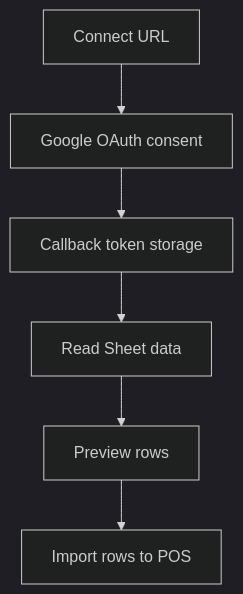
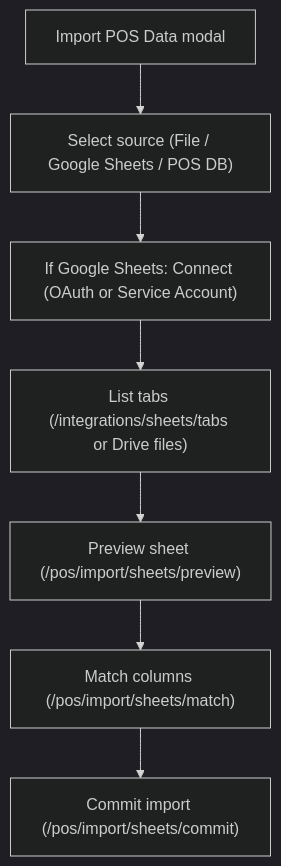
The second of 3 diagrams in docs/backend/api-reference.md (comp596-spring-2026/RetailSync), drawn with Mermaid (dark theme) before and after one commit. The commit also changed other lines of this file and 100 other files, not shown here.

Commit message:
Inventory workspace, Google Sheets UX, and API consolidation + Docs

````diff
--- a/docs/backend/api-reference.md
+++ b/docs/backend/api-reference.md
@@ -108,8 +108,9 @@
 ```mermaid
 flowchart TD
-  A["Connect URL"] --> B["Google OAuth consent"]
-  B --> C["Callback token storage"]
-  C --> D["Read Sheet data"]
-  D --> E["Preview rows"]
-  E --> F["Import rows to POS"]
+  A["Import POS Data modal"] --> B["Select source (File / Google Sheets / POS DB)"]
+  B --> C["If Google Sheets: Connect (OAuth or Service Account)"]
+  C --> D["List tabs (/integrations/sheets/tabs or Drive files)"]
+  D --> E["Preview sheet (/pos/import/sheets/preview)"]
+  E --> F["Match columns (/pos/import/sheets/match)"]
+  F --> G["Commit import (/pos/import/sheets/commit)"]
 ```
````
